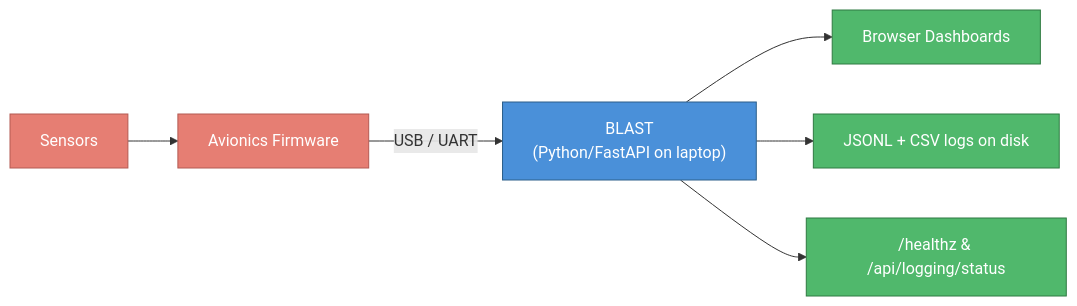
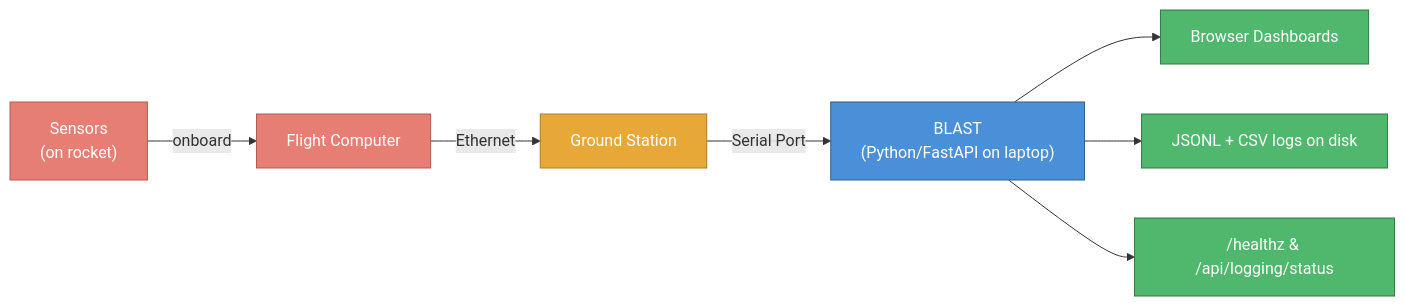
One commit to rocketproplab/rpl-blast changed the first of 10 diagrams in ONBOARDING.md. Above: the diagram before and after it, drawn with Mermaid. The commit also changed other lines of this file, not shown here.

Commit message:
Edited system context

````diff
--- a/ONBOARDING.md
+++ b/ONBOARDING.md
@@ -45,16 +45,19 @@
 ```mermaid
 flowchart LR
-    A["Sensors"] --> B["Avionics Firmware"]
-    B -->|USB / UART| C["BLAST\n(Python/FastAPI on laptop)"]
-    C --> D["Browser Dashboards"]
-    C --> E["JSONL + CSV logs on disk"]
-    C --> F["/healthz & /api/logging/status"]
+    A["Sensors\n(on rocket)"] -->|onboard| B["Flight Computer"]
+    B -->|Ethernet| C["Ground Station"]
+    C -->|Serial Port| D["BLAST\n(Python/FastAPI on laptop)"]
+    D --> E["Browser Dashboards"]
+    D --> F["JSONL + CSV logs on disk"]
+    D --> G["/healthz & /api/logging/status"]
 
-    classDef hardware fill:#e67e73,stroke:#b35a52,color:#fff
+    classDef rocket fill:#e67e73,stroke:#b35a52,color:#fff
+    classDef ground fill:#e8a838,stroke:#b07c20,color:#fff
     classDef blast fill:#4a90d9,stroke:#2c5f8a,color:#fff
     classDef output fill:#50b86c,stroke:#2f7a42,color:#fff
 
-    class A,B hardware
-    class C blast
-    class D,E,F output
+    class A,B rocket
+    class C ground
+    class D blast
+    class E,F,G output
 ```
````
